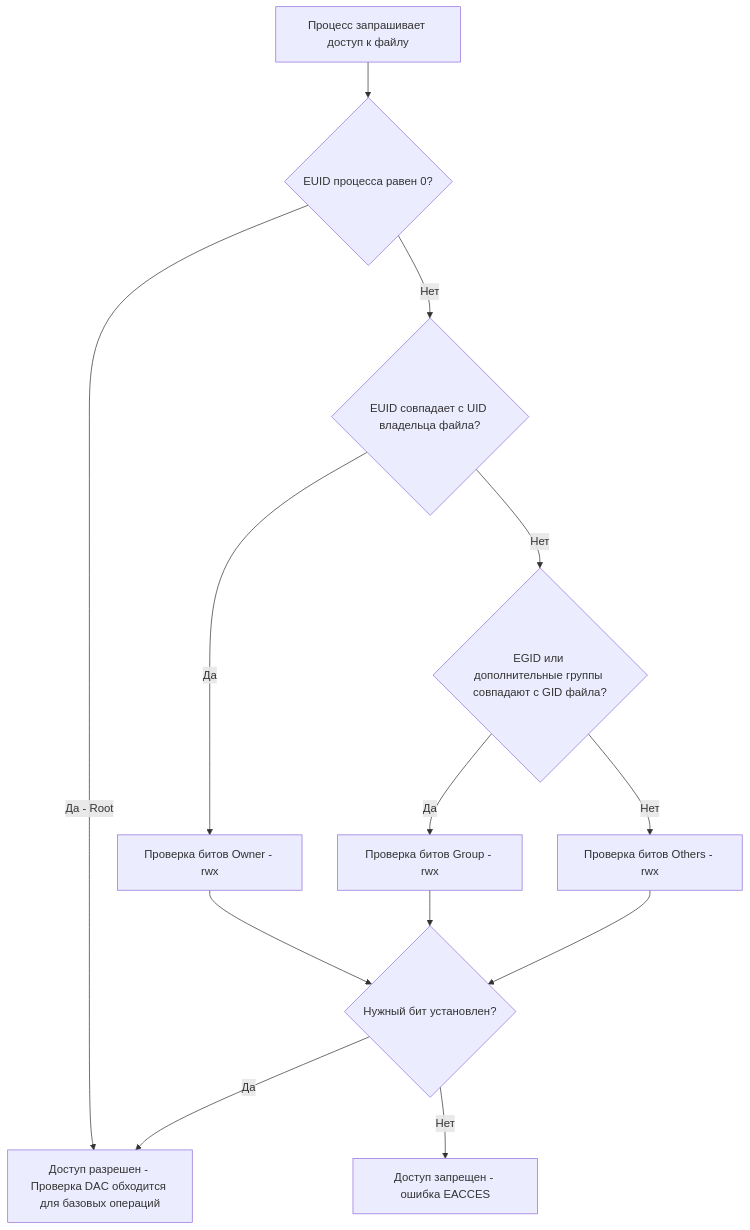
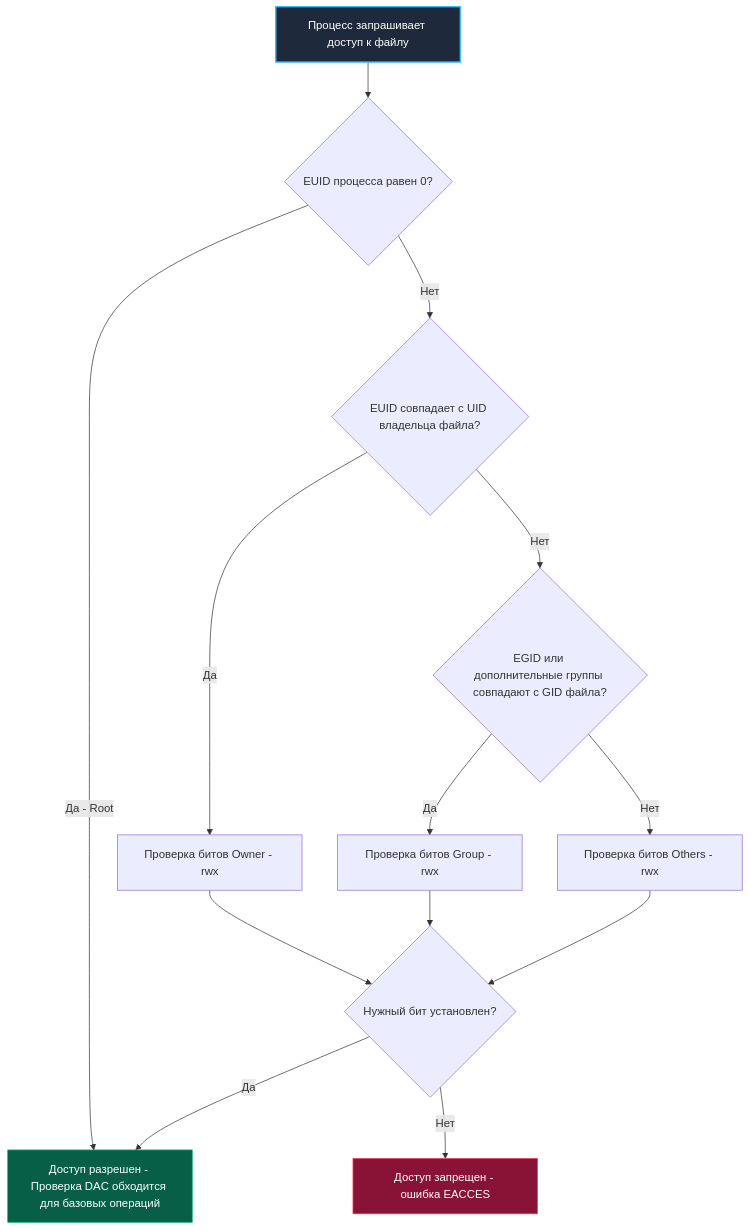
The diagram in sources/19. Инфраструктура. Linux, nginx, Docker, Kubernetes/01. Linux/4. Права доступа и безопасность.md (UnrealTemplier/go-textbook), drawn with Mermaid before and after one commit. The commit also changed other lines of this file, not shown here.

````diff
--- a/sources/19. Инфраструктура. Linux, nginx, Docker, Kubernetes/01. Linux/4. Права доступа и безопасность.md
+++ b/sources/19. Инфраструктура. Linux, nginx, Docker, Kubernetes/01. Linux/4. Права доступа и безопасность.md
@@ -26,15 +39,19 @@
 ```mermaid
 flowchart TD
     A["Процесс запрашивает доступ к файлу"] --> B{"EUID процесса равен 0?"}
     B -->|"Да - Root"| C["Доступ разрешен - Проверка DAC обходится для базовых операций"]
     B -->|"Нет"| D{"EUID совпадает с UID владельца файла?"}
     D -->|"Да"| E["Проверка битов Owner - rwx"]
     D -->|"Нет"| F{"EGID или дополнительные группы совпадают с GID файла?"}
     F -->|"Да"| G["Проверка битов Group - rwx"]
     F -->|"Нет"| H["Проверка битов Others - rwx"]
     E --> I{"Нужный бит установлен?"}
     G --> I
     H --> I
     I -->|"Да"| C
     I -->|"Нет"| J["Доступ запрещен - ошибка EACCES"]
+
+    style A fill:#1e293b,stroke:#38bdf8,stroke-width:2px,color:#fff
+    style C fill:#065f46,stroke:#10b981,color:#fff
+    style J fill:#881337,stroke:#f43f5e,color:#fff
 ```
````
